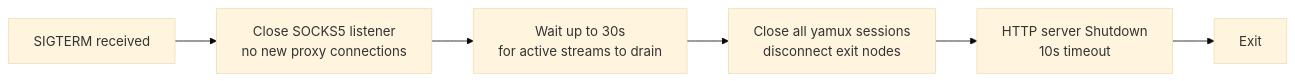
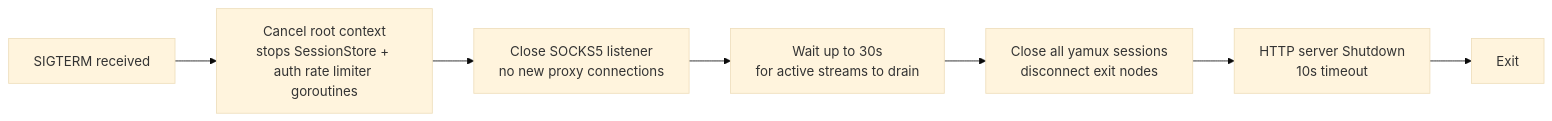
One commit to mrggvg/ambush changed the fifth of 5 diagrams in docs/architecture.md. Above: the diagram before and after it, drawn with Mermaid (base theme). The commit also changed other lines of this file and 21 other files, not shown here.

````diff
--- a/docs/architecture.md
+++ b/docs/architecture.md
@@ -133,8 +164,9 @@
 ```mermaid
 flowchart LR
-    A[SIGTERM received] --> B[Close SOCKS5 listener\nno new proxy connections]
-    B --> C[Wait up to 30s\nfor active streams to drain]
-    C --> D[Close all yamux sessions\ndisconnect exit nodes]
-    D --> E[HTTP server Shutdown\n10s timeout]
-    E --> F[Exit]
+    A[SIGTERM received] --> B[Cancel root context\nstops SessionStore + auth rate limiter goroutines]
+    B --> C[Close SOCKS5 listener\nno new proxy connections]
+    C --> D[Wait up to 30s\nfor active streams to drain]
+    D --> E[Close all yamux sessions\ndisconnect exit nodes]
+    E --> F[HTTP server Shutdown\n10s timeout]
+    F --> G[Exit]
 ```
````
